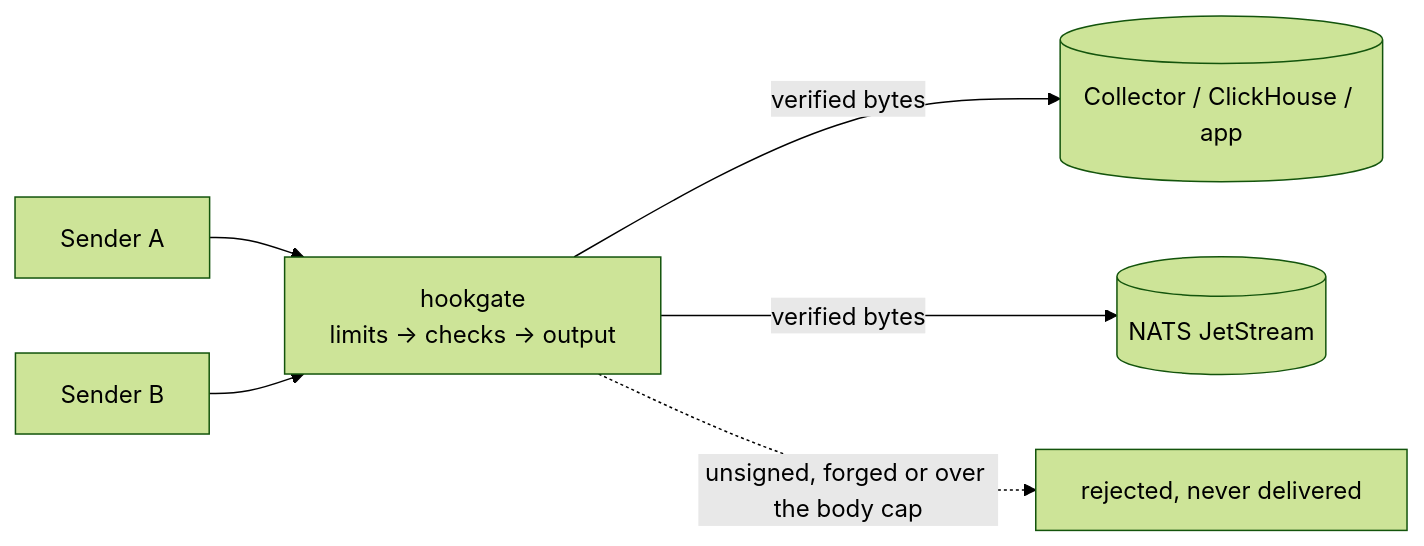
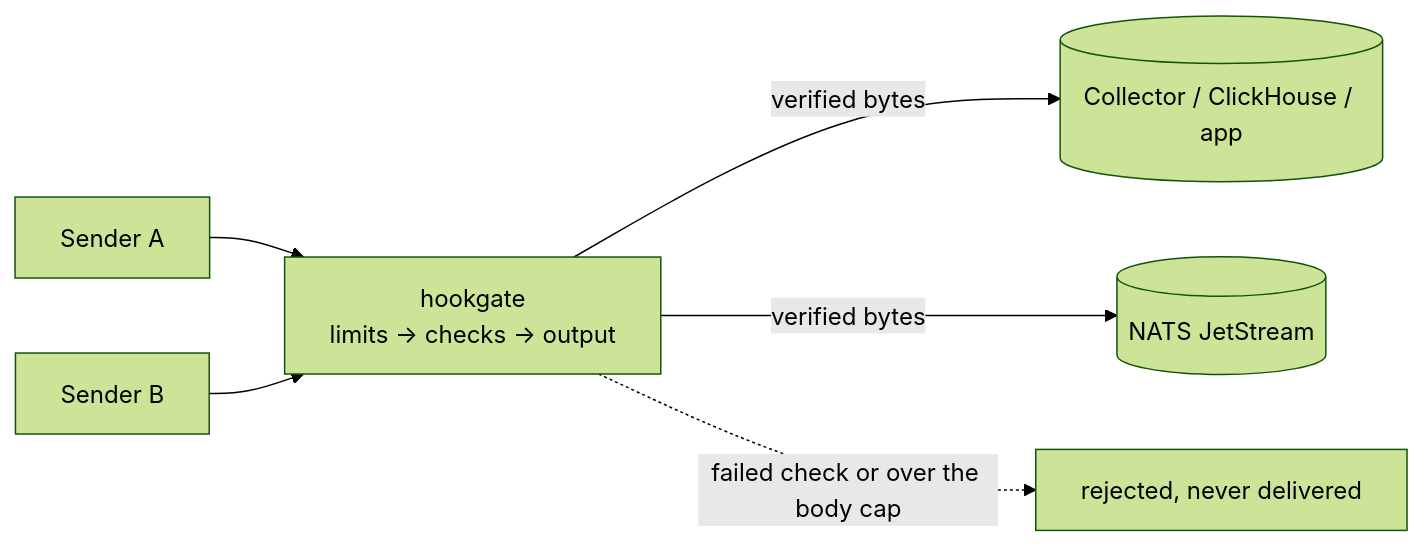
One commit to mrrobertkent/hookgate changed the diagram in README.md. Above: the diagram before and after it, drawn with Mermaid (forest theme). The commit also changed other lines of this file and 1 other file, not shown here.

Commit message:
Docs: what the contract version covers; body cap wording

````diff
--- a/README.md
+++ b/README.md
@@ -37,8 +37,8 @@
 ```mermaid
 flowchart LR
     A[Sender A] --> G
     B[Sender B] --> G
     G[hookgate<br/>limits → checks → output] -->|verified bytes| U[(Collector / ClickHouse / app)]
     G -->|verified bytes| J[(NATS JetStream)]
-    G -.->|unsigned, forged or over the body cap| X[rejected, never delivered]
+    G -.->|failed check or over the body cap| X[rejected, never delivered]
 ```
````
